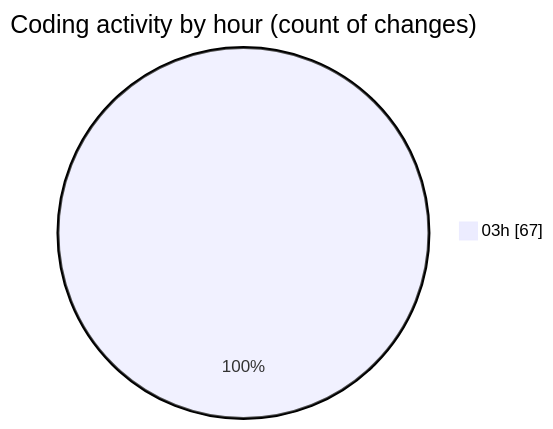
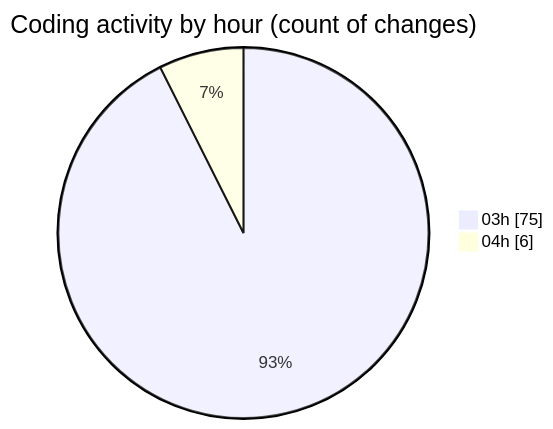
Before and after one commit to ernivani/code-tracking: the second of 2 diagrams in repositories/2024-12-28/leetcode-solutions/README.md, drawn with Mermaid. The commit also changed other lines of this file and 1 other file, not shown here.

````diff
--- a/repositories/2024-12-28/leetcode-solutions/README.md
+++ b/repositories/2024-12-28/leetcode-solutions/README.md
@@ -46,5 +49,6 @@
 ```mermaid
 pie showData
 title Coding activity by hour (count of changes)
-"03h" : 67
+"03h" : 75
+"04h" : 6
 ```
````
